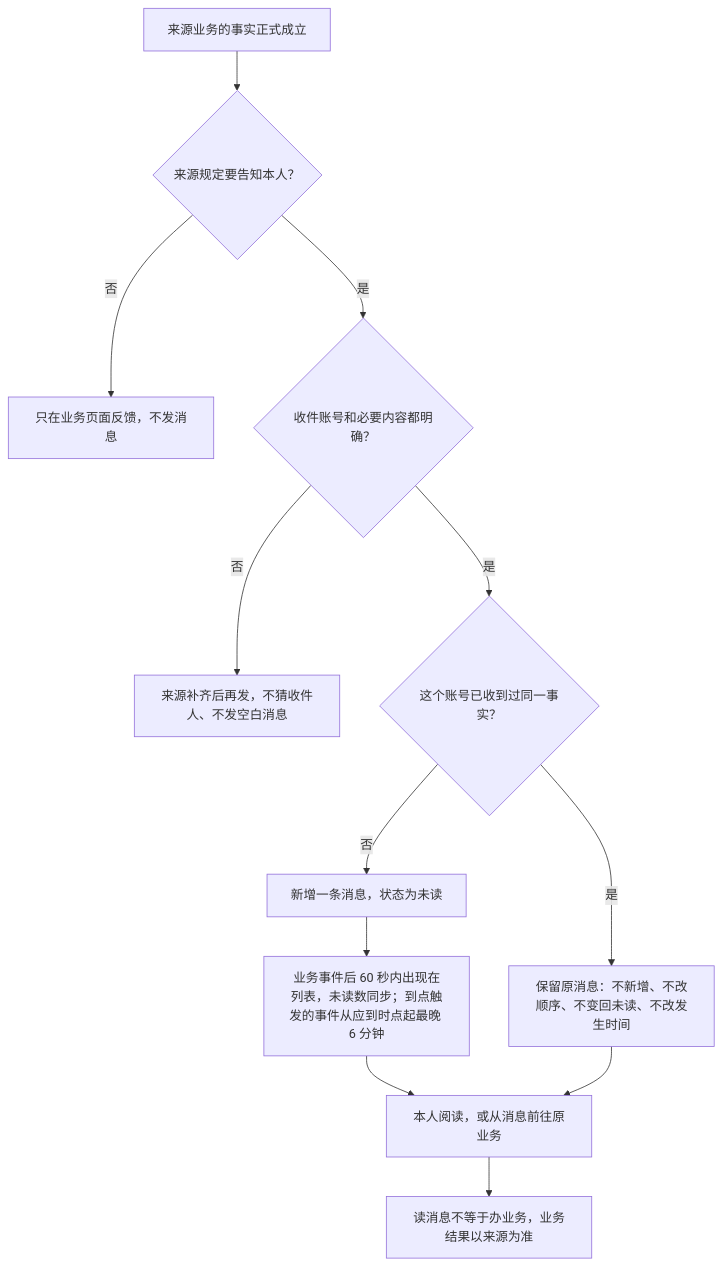
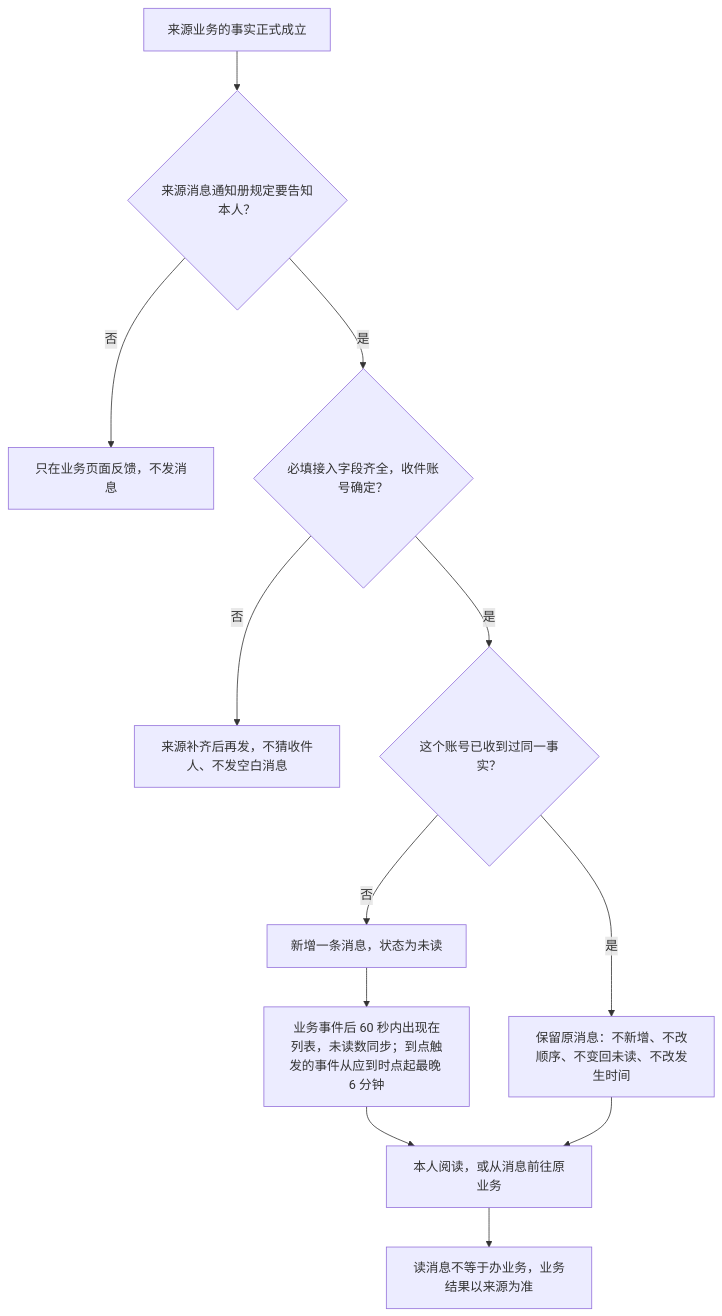
One commit to wxblockchain/Chain-Financing changed the first of 8 diagrams in lending-platform/PRD/面客端/10-面客消息中心/02-面客消息中心-流程图与状态机.md. Above: the diagram before and after it, drawn with Mermaid. The commit also changed other lines of this file and 3 other files, not shown here.

````diff
--- a/lending-platform/PRD/面客端/10-面客消息中心/02-面客消息中心-流程图与状态机.md
+++ b/lending-platform/PRD/面客端/10-面客消息中心/02-面客消息中心-流程图与状态机.md
@@ -21,14 +21,14 @@
 ```mermaid
 flowchart TD
-    A["来源业务的事实正式成立"] --> B{"来源规定要告知本人？"}
+    A["来源业务的事实正式成立"] --> B{"来源消息通知册规定要告知本人？"}
     B -->|否| C["只在业务页面反馈，不发消息"]
-    B -->|是| E{"收件账号和必要内容都明确？"}
+    B -->|是| E{"必填接入字段齐全，收件账号确定？"}
     E -->|否| F["来源补齐后再发，不猜收件人、不发空白消息"]
     E -->|是| G{"这个账号已收到过同一事实？"}
     G -->|是| H["保留原消息：不新增、不改顺序、不变回未读、不改发生时间"]
     G -->|否| I["新增一条消息，状态为未读"]
     I --> J["业务事件后 60 秒内出现在列表，未读数同步；到点触发的事件从应到时点起最晚 6 分钟"]
     J --> K["本人阅读，或从消息前往原业务"]
     H --> K
     K --> L["读消息不等于办业务，业务结果以来源为准"]
 ```
````
